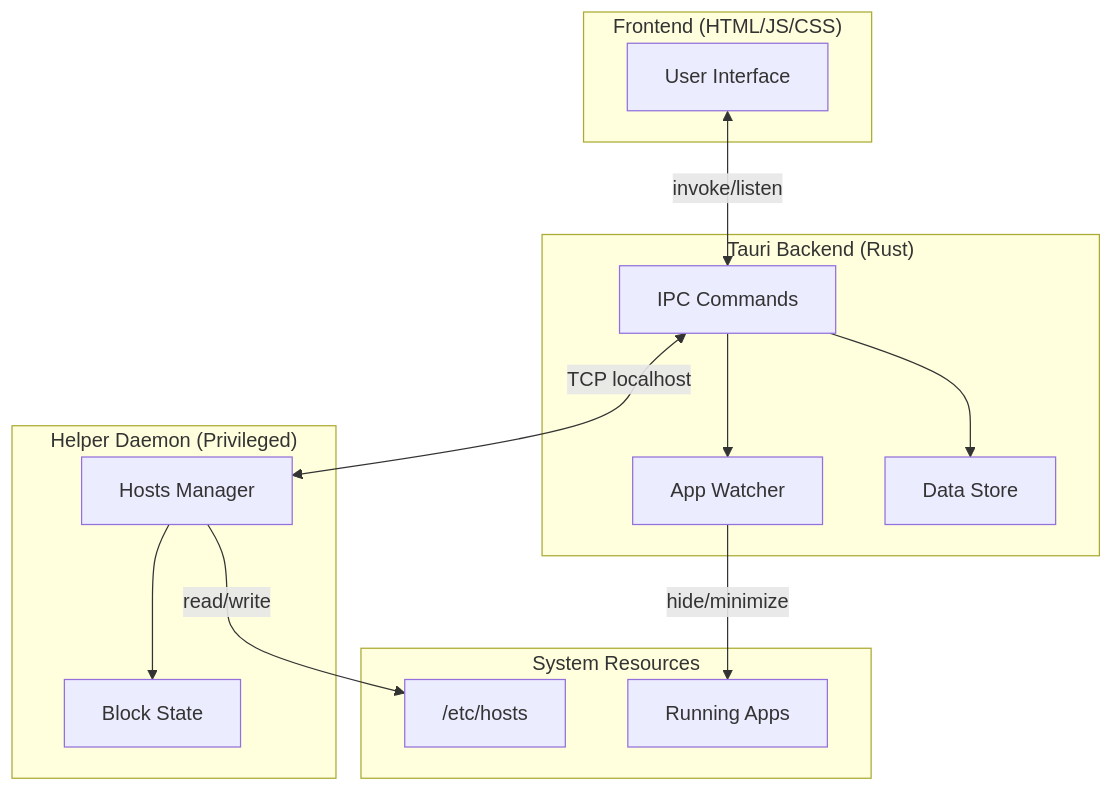
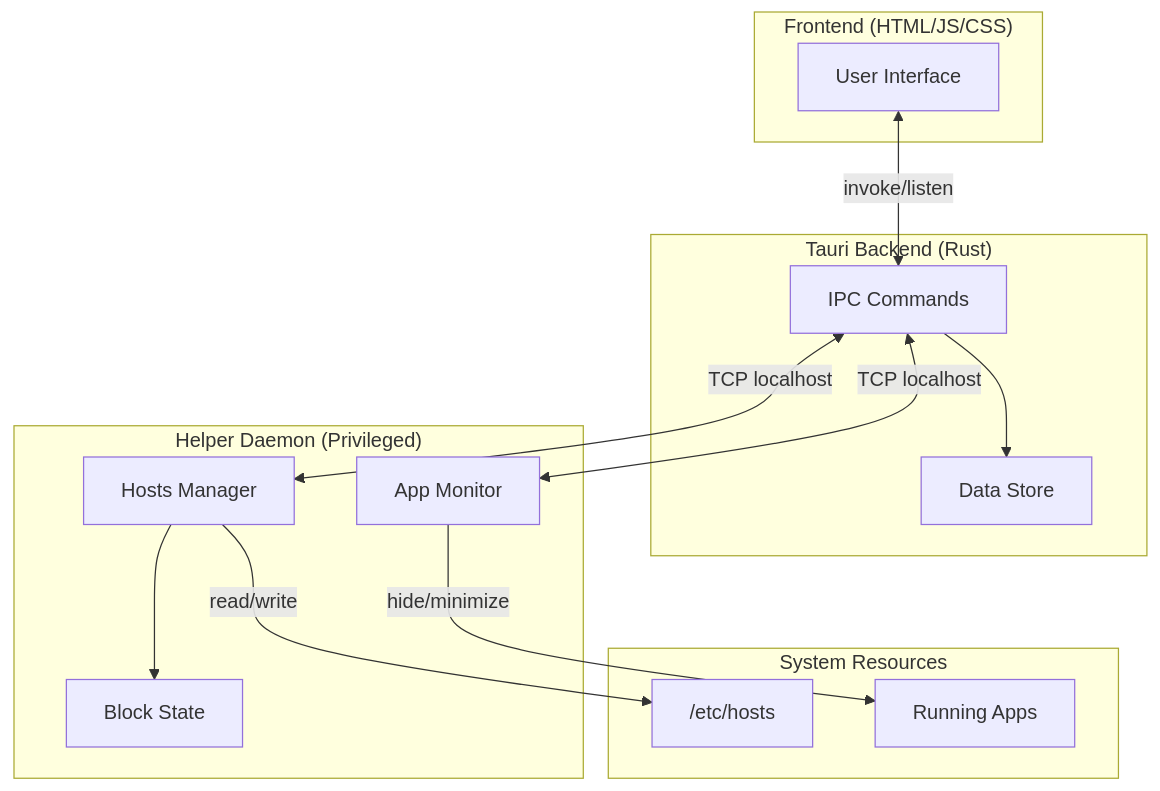
The first of 2 diagrams in README.md (kasnder/redd-block), drawn with Mermaid before and after one commit. The commit also changed other lines of this file and 4 other files, not shown here.

````diff
--- a/README.md
+++ b/README.md
@@ -25,30 +25,30 @@
 ```mermaid
 flowchart TB
     subgraph Frontend["Frontend (HTML/JS/CSS)"]
         UI[User Interface]
     end
 
     subgraph Tauri["Tauri Backend (Rust)"]
         IPC[IPC Commands]
-        Watcher[App Watcher]
         Data[Data Store]
     end
 
     subgraph Helper["Helper Daemon (Privileged)"]
         HostsMgr[Hosts Manager]
+        AppMon[App Monitor]
         State[Block State]
     end
 
     subgraph System["System Resources"]
         Hosts["/etc/hosts"]
         Apps[Running Apps]
     end
 
     UI <-->|invoke/listen| IPC
     IPC <-->|TCP localhost| HostsMgr
-    IPC --> Watcher
+    IPC <-->|TCP localhost| AppMon
     IPC --> Data
-    Watcher -->|hide/minimize| Apps
+    AppMon -->|hide/minimize| Apps
     HostsMgr -->|read/write| Hosts
     HostsMgr --> State
 ```
````
